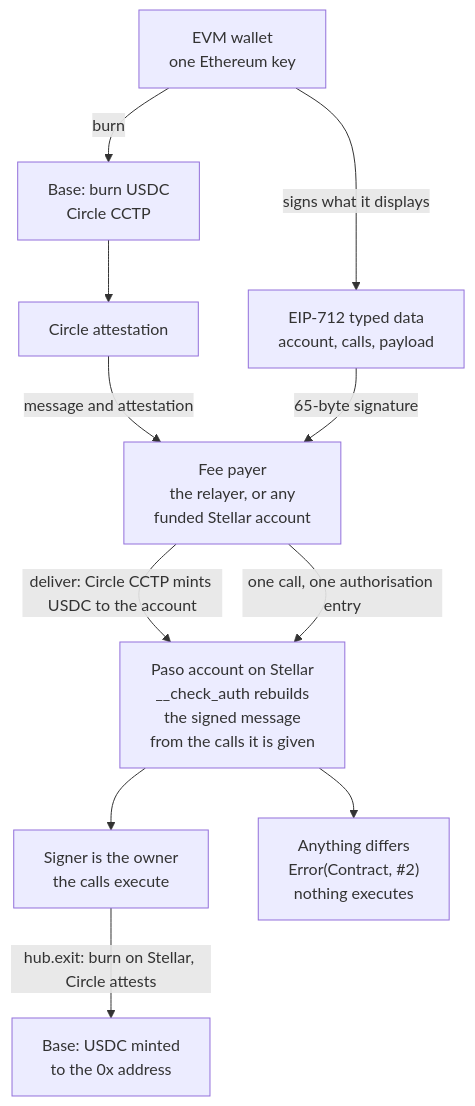
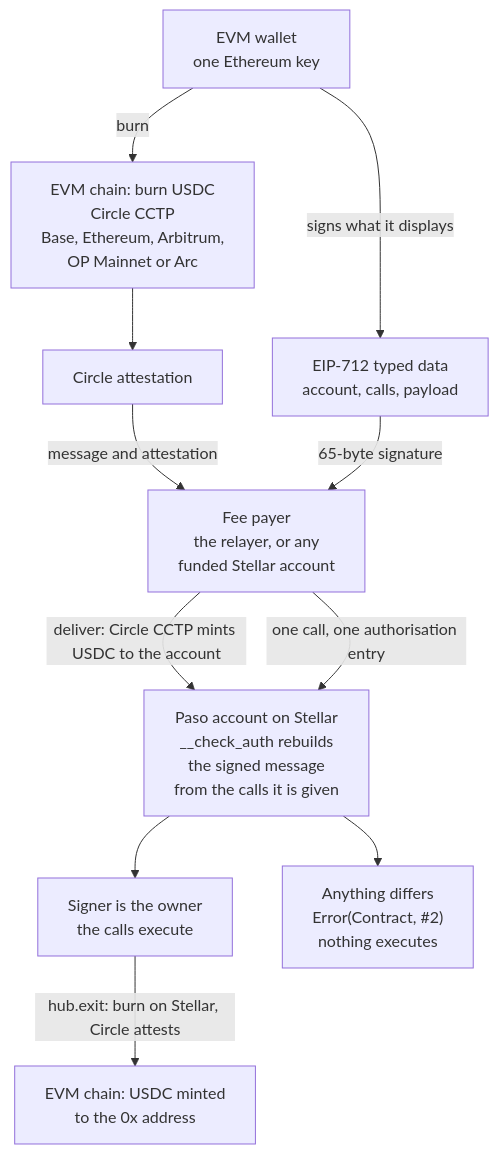
The diagram in README.md (RaYYeR220/paso), drawn with Mermaid before and after one commit. The commit also changed other lines of this file and 8 other files, not shown here.

````diff
--- a/README.md
+++ b/README.md
@@ -63,25 +66,25 @@
 ```mermaid
 flowchart TD
     wallet["EVM wallet<br/>one Ethereum key"]
-    burn["Base: burn USDC<br/>Circle CCTP"]
+    burn["EVM chain: burn USDC<br/>Circle CCTP<br/>Base, Ethereum, Arbitrum,<br/>OP Mainnet or Arc"]
     circle["Circle attestation"]
     typed["EIP-712 typed data<br/>account, calls, payload"]
     payer["Fee payer<br/>the relayer, or any<br/>funded Stellar account"]
     account["Paso account on Stellar<br/>__check_auth rebuilds<br/>the signed message<br/>from the calls it is given"]
     accept["Signer is the owner<br/>the calls execute"]
     refuse["Anything differs<br/>Error(Contract, #2)<br/>nothing executes"]
-    minted["Base: USDC minted<br/>to the 0x address"]
+    minted["EVM chain: USDC minted<br/>to the 0x address"]
 
     wallet -->|"burn"| burn
     burn --> circle
     circle -->|"message and attestation"| payer
     payer -->|"deliver: Circle CCTP mints USDC to the account"| account
 
     wallet -->|"signs what it displays"| typed
     typed -->|"65-byte signature"| payer
     payer -->|"one call, one authorisation entry"| account
     account --> accept
     account --> refuse
 
     accept -->|"hub.exit: burn on Stellar, Circle attests"| minted
 ```
````
